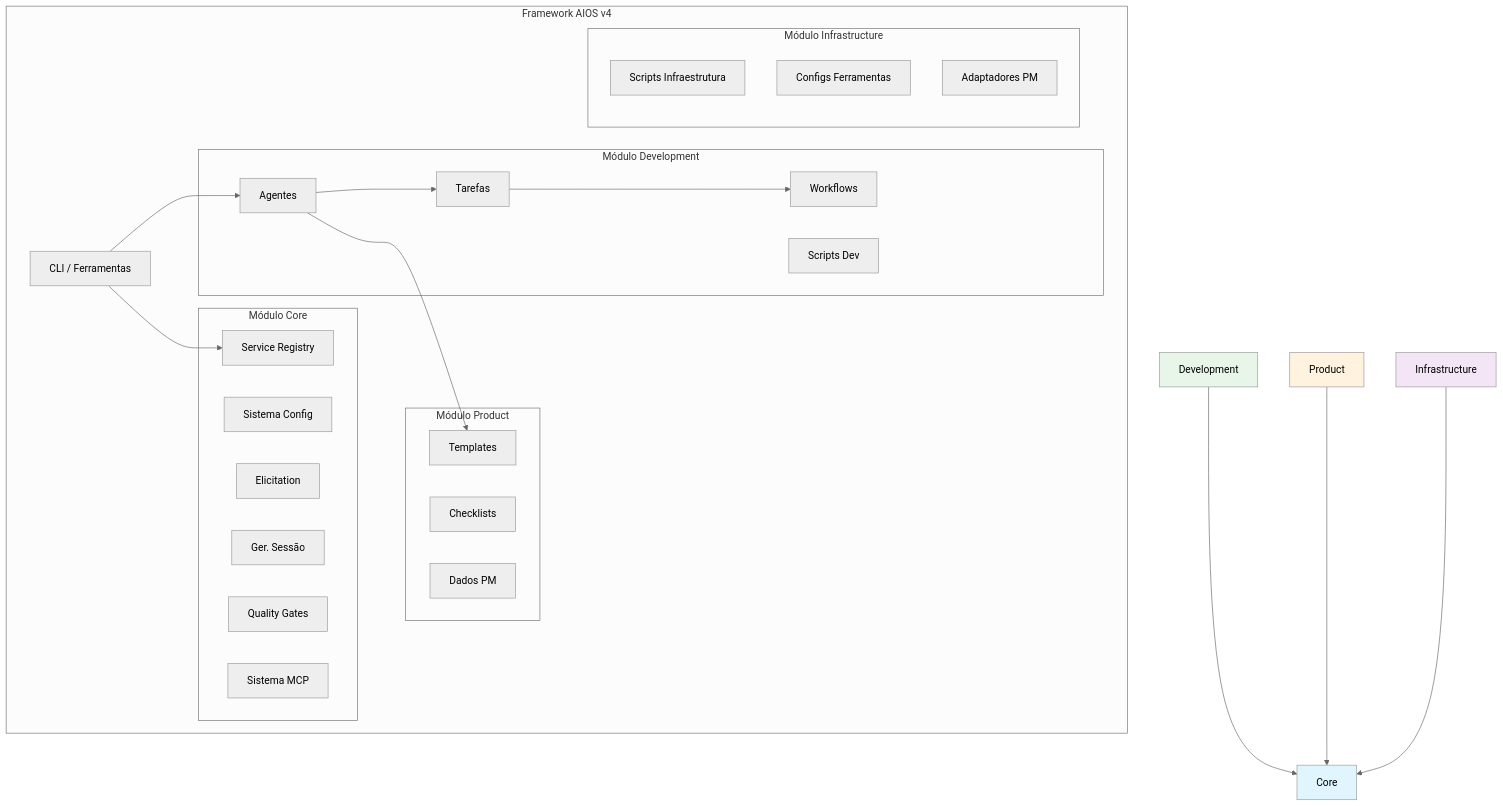
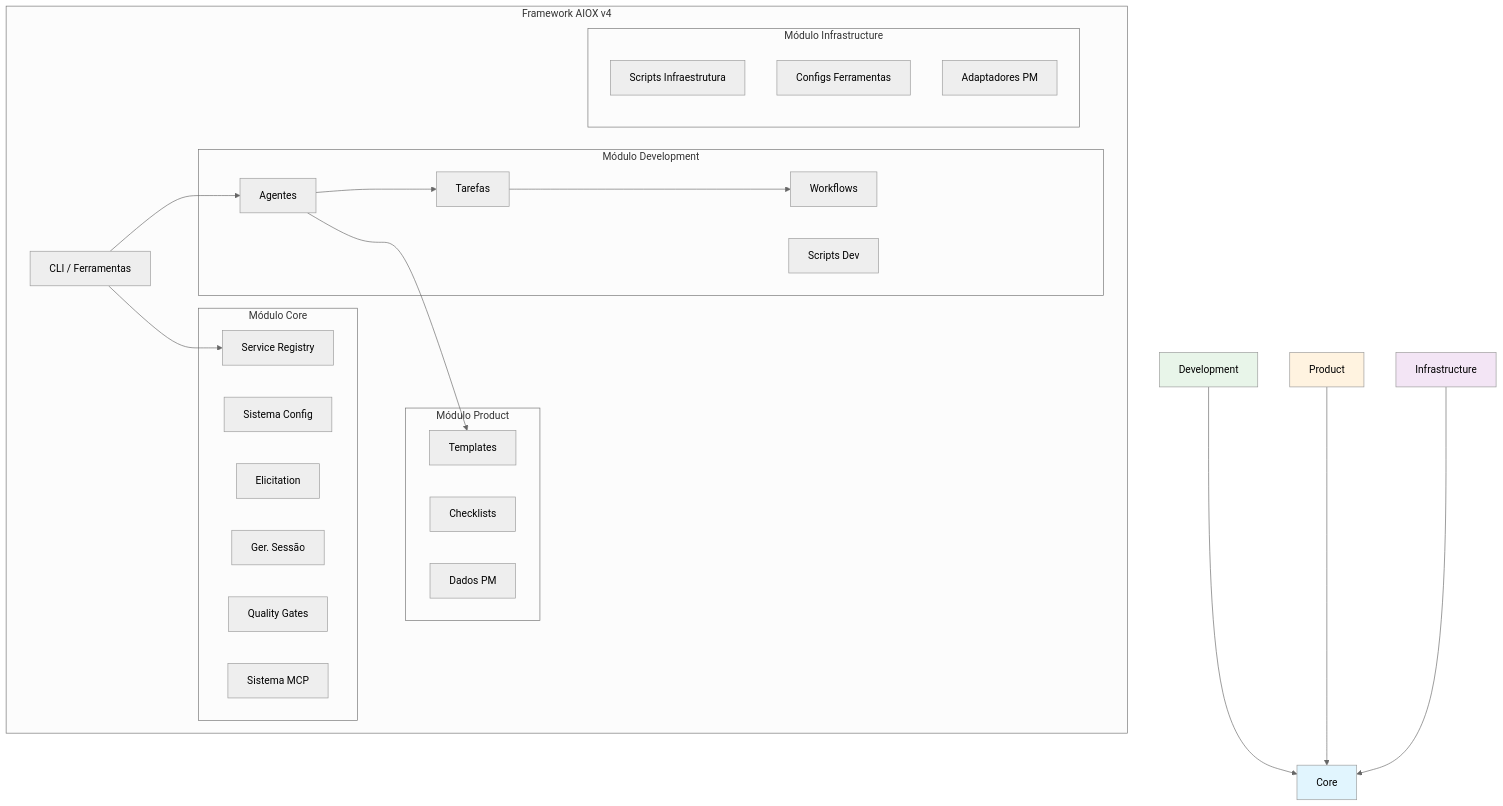
Before and after one commit to bychrisr/aios-docs: the first of 2 diagrams in content/pt-BR/docs/architecture/module-system.mdx, drawn with Mermaid (neutral theme). The commit also changed other lines of this file and 564 other files, not shown here.

````diff
--- a/content/pt-BR/docs/architecture/module-system.mdx
+++ b/content/pt-BR/docs/architecture/module-system.mdx
@@ -58,48 +58,48 @@
 ```mermaid
 graph TB
-    subgraph "Framework AIOS v4"
+    subgraph "Framework AIOX v4"
         CLI[CLI / Ferramentas]
 
         subgraph "Módulo Product"
             Templates[Templates]
             Checklists[Checklists]
             Data[Dados PM]
         end
 
         subgraph "Módulo Development"
             Agents[Agentes]
             Tasks[Tarefas]
             Workflows[Workflows]
             Scripts[Scripts Dev]
         end
 
         subgraph "Módulo Core"
             Registry[Service Registry]
             Config[Sistema Config]
             Elicit[Elicitation]
             Session[Ger. Sessão]
             QG[Quality Gates]
             MCP[Sistema MCP]
         end
 
         subgraph "Módulo Infrastructure"
             InfraScripts[Scripts Infraestrutura]
             Tools[Configs Ferramentas]
             PM[Adaptadores PM]
         end
     end
 
     CLI --> Agents
     CLI --> Registry
     Agents --> Tasks
     Agents --> Templates
     Tasks --> Workflows
     Development --> Core
     Product --> Core
     Infrastructure --> Core
 
     style Core fill:#e1f5fe
     style Development fill:#e8f5e9
     style Product fill:#fff3e0
     style Infrastructure fill:#f3e5f5
 ```
````
